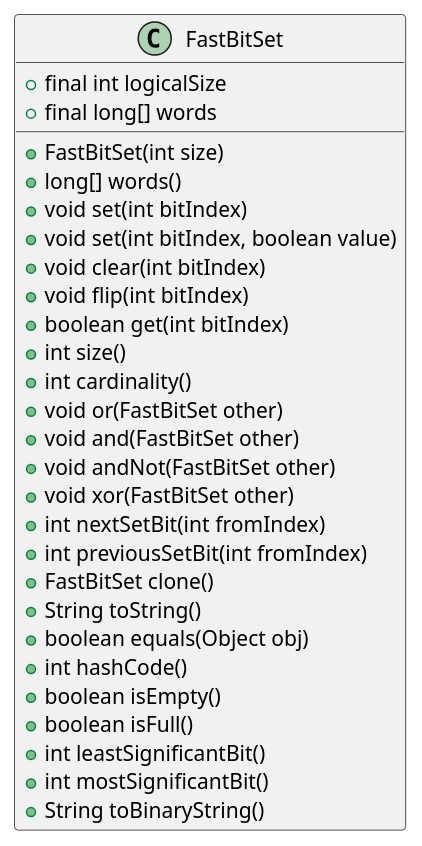
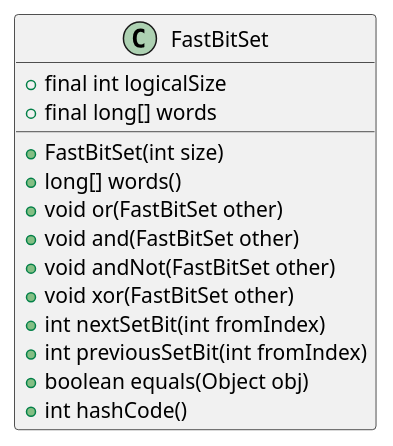
The diagram in src/main/plantuml/FastBitSet.puml (Kevin-L-Github/asd-project), drawn with PlantUML before and after one commit. The commit also changed 11 other files, not shown here.

Commit message:
Altri UML

```diff
--- a/src/main/plantuml/FastBitSet.puml
+++ b/src/main/plantuml/FastBitSet.puml
@@ -1,32 +1,18 @@
 @startuml
 
 class FastBitSet {
     + final int logicalSize
     + final long[] words
 
     + FastBitSet(int size)
     + long[] words()
-    + void set(int bitIndex)
-    + void set(int bitIndex, boolean value)
-    + void clear(int bitIndex)
-    + void flip(int bitIndex)
-    + boolean get(int bitIndex)
-    + int size()
-    + int cardinality()
     + void or(FastBitSet other)
     + void and(FastBitSet other)
     + void andNot(FastBitSet other)
     + void xor(FastBitSet other)
     + int nextSetBit(int fromIndex)
     + int previousSetBit(int fromIndex)
-    + FastBitSet clone()
-    + String toString()
     + boolean equals(Object obj)
     + int hashCode()
-    + boolean isEmpty()
-    + boolean isFull()
-    + int leastSignificantBit()
-    + int mostSignificantBit()
-    + String toBinaryString()
 }
 @enduml
```
